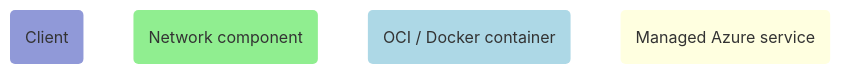
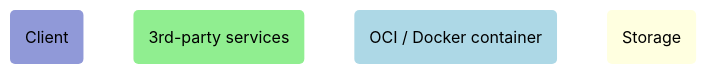
Before and after one commit to Emrin/hosting: the second of 3 diagrams in README.md, drawn with Mermaid. The commit also changed other lines of this file and 1 other file, not shown here.

Commit message:
updated readme and diagrams

````diff
--- a/README.md
+++ b/README.md
@@ -102,16 +102,16 @@
 ```mermaid
 graph TB
-    ext(Client)
-    net(Network component)
-    cont(OCI / Docker container)
-    az(Managed Azure service)
+    ext(<font color=black>Client)
+    net(<font color=black>3rd-party services)
+    cont(<font color=black>OCI / Docker container)
+    az(<font color=black>Storage)
 
     classDef external fill:#9099d8, stroke-width:0px;
         class ext external
     classDef network fill:#90EE90, stroke-width:0px;
         class net network
     classDef containers fill:#ADD8E6, stroke-width:0px;
         class cont containers
     classDef azureservices fill:#FFFFE0, stroke-width:0px;
         class az azureservices
 ```
````
